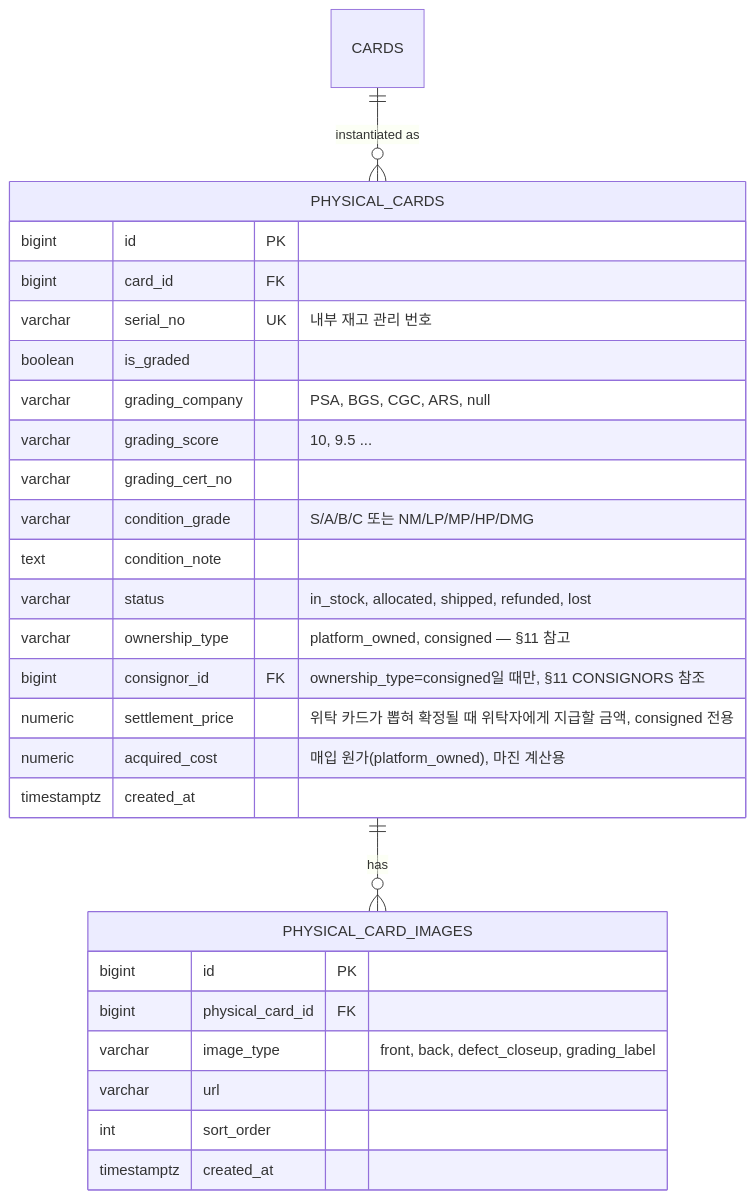
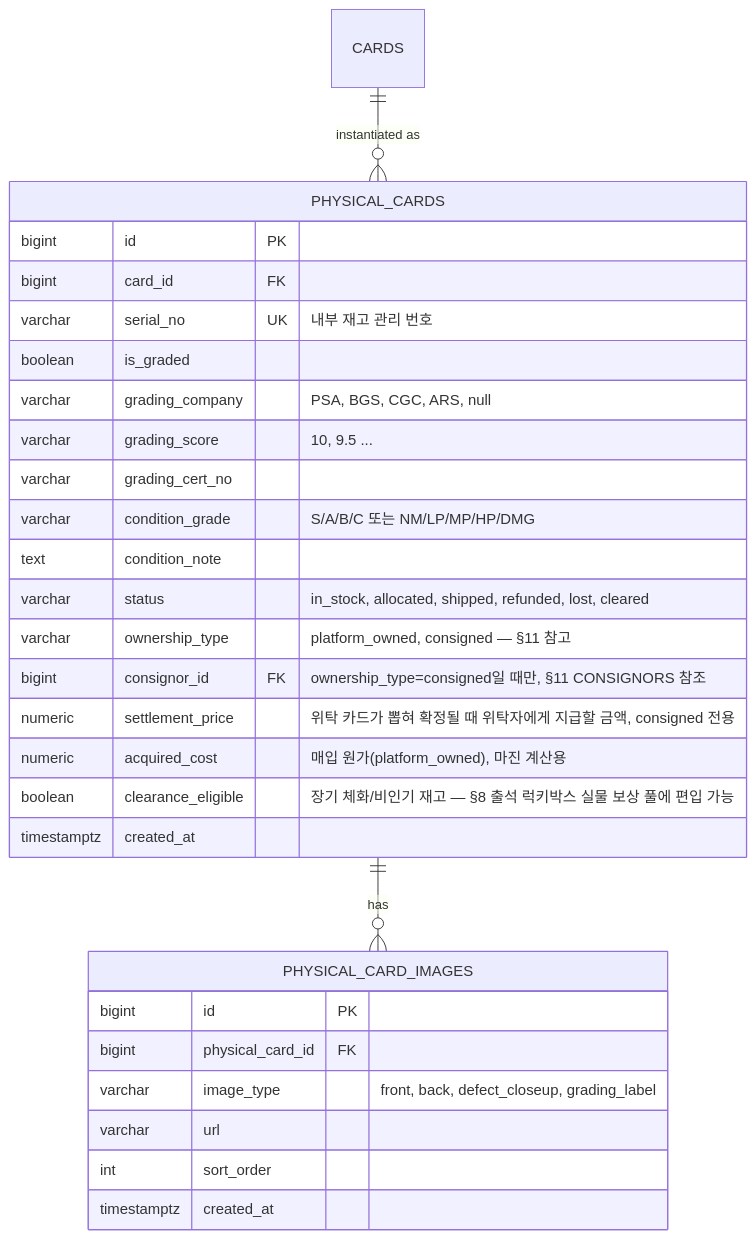
The fourth of 12 diagrams in docs/ERD.md (WinLakeLee/WinLakeLee), drawn with Mermaid before and after one commit. The commit also changed other lines of this file and 1 other file, not shown here.

````diff
--- a/docs/ERD.md
+++ b/docs/ERD.md
@@ -227,32 +237,33 @@
 ```mermaid
 erDiagram
     CARDS ||--o{ PHYSICAL_CARDS : "instantiated as"
     PHYSICAL_CARDS ||--o{ PHYSICAL_CARD_IMAGES : has
 
     PHYSICAL_CARDS {
         bigint id PK
         bigint card_id FK
         varchar serial_no UK "내부 재고 관리 번호"
         boolean is_graded
         varchar grading_company "PSA, BGS, CGC, ARS, null"
         varchar grading_score "10, 9.5 ..."
         varchar grading_cert_no
         varchar condition_grade "S/A/B/C 또는 NM/LP/MP/HP/DMG"
         text condition_note
-        varchar status "in_stock, allocated, shipped, refunded, lost"
+        varchar status "in_stock, allocated, shipped, refunded, lost, cleared"
         varchar ownership_type "platform_owned, consigned — §11 참고"
         bigint consignor_id FK "ownership_type=consigned일 때만, §11 CONSIGNORS 참조"
         numeric settlement_price "위탁 카드가 뽑혀 확정될 때 위탁자에게 지급할 금액, consigned 전용"
         numeric acquired_cost "매입 원가(platform_owned), 마진 계산용"
+        boolean clearance_eligible "장기 체화/비인기 재고 — §8 출석 럭키박스 실물 보상 풀에 편입 가능"
         timestamptz created_at
     }
 
     PHYSICAL_CARD_IMAGES {
         bigint id PK
         bigint physical_card_id FK
         varchar image_type "front, back, defect_closeup, grading_label"
         varchar url
         int sort_order
         timestamptz created_at
     }
 ```
````
